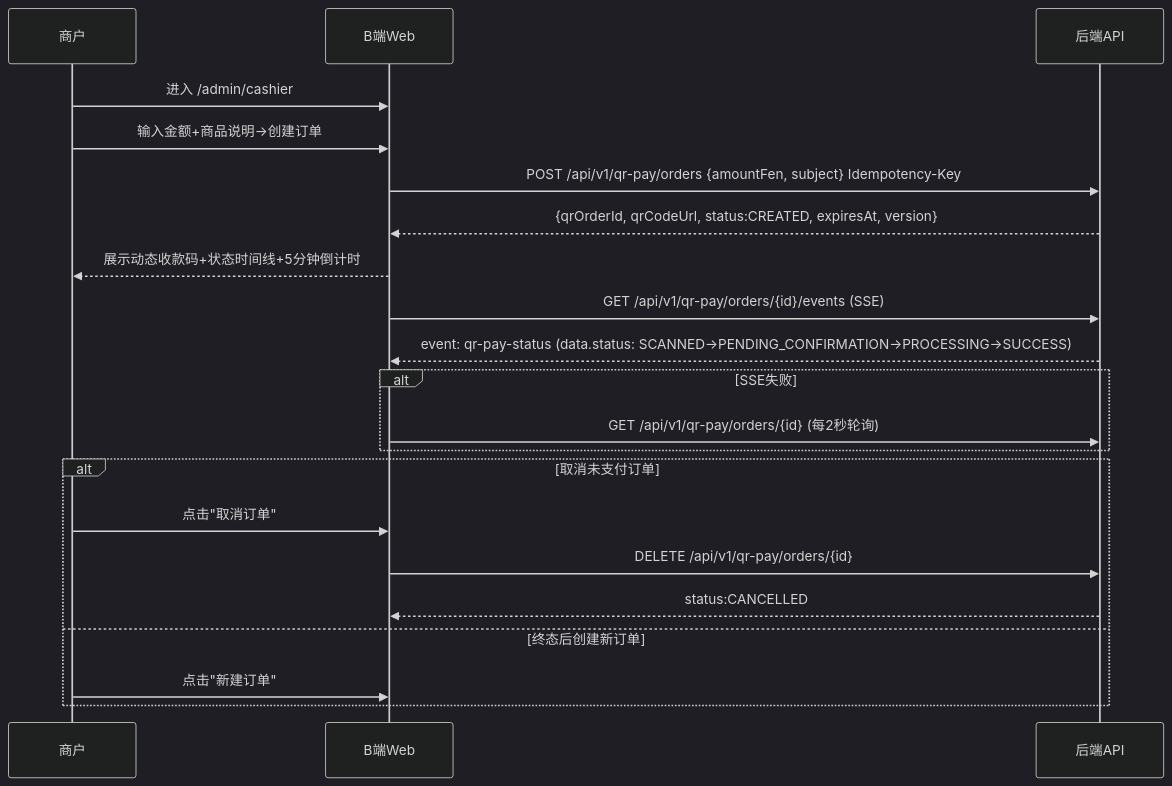
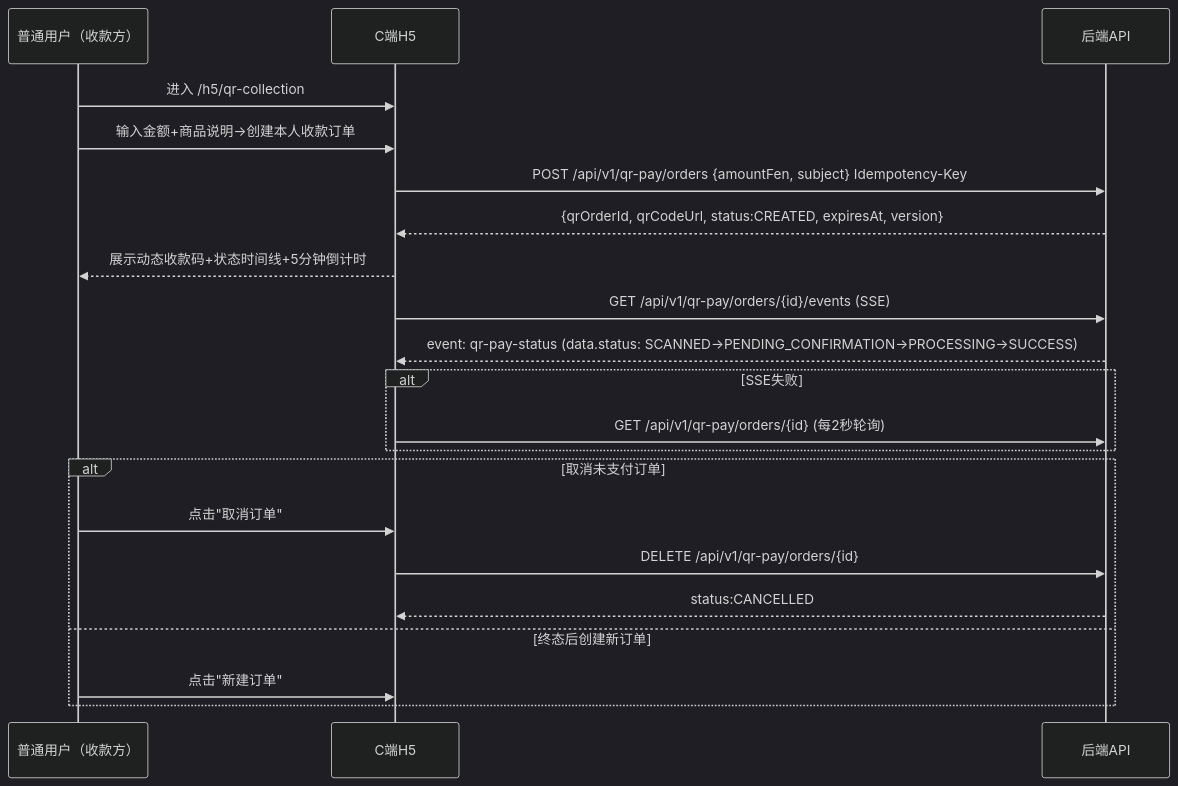
Diagram 22 of 36 in docs/minialalipay/miniaialipay -frontend-system-analysis.md (JN6565/MiniAlalipay), drawn with Mermaid (dark theme) before and after one commit. The commit also changed other lines of this file and 5 other files, not shown here.

````diff
--- a/docs/minialalipay/miniaialipay -frontend-system-analysis.md
+++ b/docs/minialalipay/miniaialipay -frontend-system-analysis.md
@@ -1473,23 +1499,23 @@
 ```mermaid
 sequenceDiagram
-    participant M as 商户
-    participant Web as B端Web
+    participant U as 普通用户（收款方）
+    participant H5 as C端H5
     participant API as 后端API
-    M->>Web: 进入 /admin/cashier
-    M->>Web: 输入金额+商品说明→创建订单
-    Web->>API: POST /api/v1/qr-pay/orders {amountFen, subject} Idempotency-Key
-    API-->>Web: {qrOrderId, qrCodeUrl, status:CREATED, expiresAt, version}
-    Web-->>M: 展示动态收款码+状态时间线+5分钟倒计时
-    Web->>API: GET /api/v1/qr-pay/orders/{id}/events (SSE)
-    API-->>Web: event: qr-pay-status (data.status: SCANNED→PENDING_CONFIRMATION→PROCESSING→SUCCESS)
+    U->>H5: 进入 /h5/qr-collection
+    U->>H5: 输入金额+商品说明→创建本人收款订单
+    H5->>API: POST /api/v1/qr-pay/orders {amountFen, subject} Idempotency-Key
+    API-->>H5: {qrOrderId, qrCodeUrl, status:CREATED, expiresAt, version}
+    H5-->>U: 展示动态收款码+状态时间线+5分钟倒计时
+    H5->>API: GET /api/v1/qr-pay/orders/{id}/events (SSE)
+    API-->>H5: event: qr-pay-status (data.status: SCANNED→PENDING_CONFIRMATION→PROCESSING→SUCCESS)
     alt SSE失败
-        Web->>API: GET /api/v1/qr-pay/orders/{id} (每2秒轮询)
+        H5->>API: GET /api/v1/qr-pay/orders/{id} (每2秒轮询)
     end
     alt 取消未支付订单
-        M->>Web: 点击"取消订单"
-        Web->>API: DELETE /api/v1/qr-pay/orders/{id}
-        API-->>Web: status:CANCELLED
+        U->>H5: 点击"取消订单"
+        H5->>API: DELETE /api/v1/qr-pay/orders/{id}
+        API-->>H5: status:CANCELLED
     else 终态后创建新订单
-        M->>Web: 点击"新建订单"
+        U->>H5: 点击"新建订单"
     end
 ```
````
